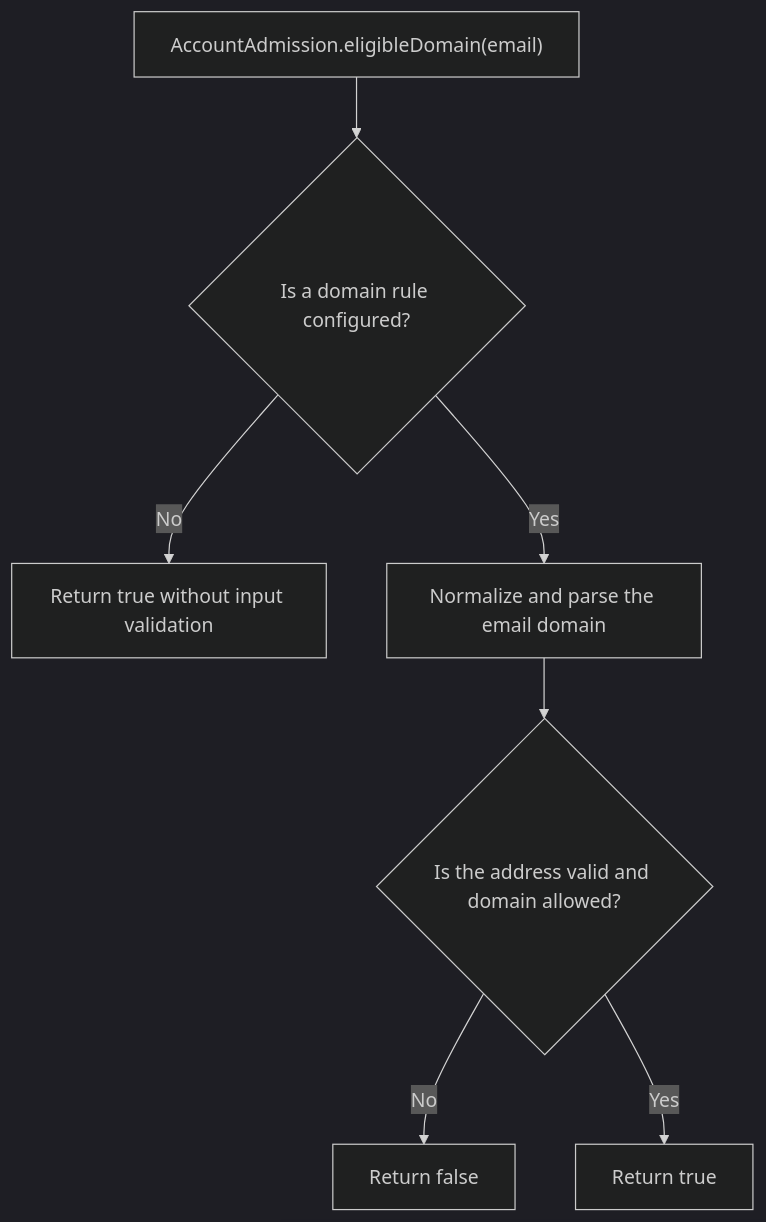
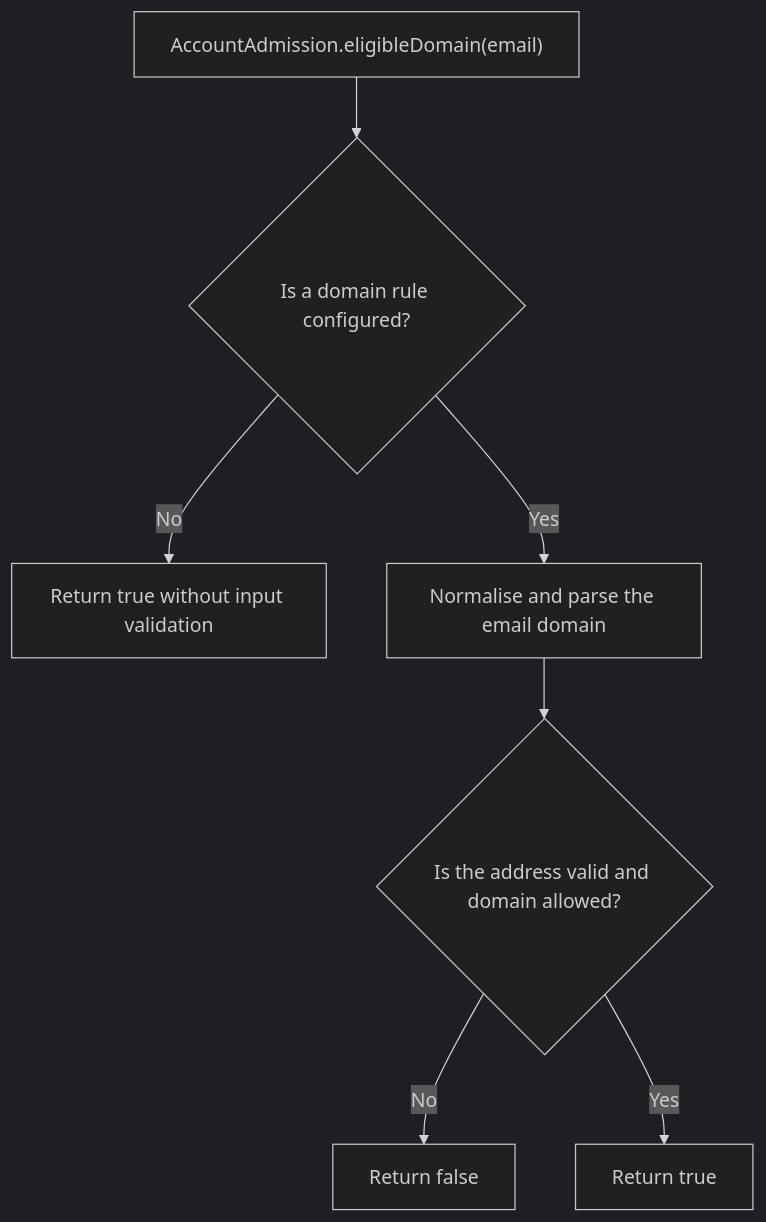
One commit to Kevinjohn/oss-adonisjs-account-kit changed the second of 2 diagrams in user-stories/US-ACCOUNT-58-check-domain-eligibility.md. Above: the diagram before and after it, drawn with Mermaid (dark theme). The commit also changed 93 other files, not shown here.

````diff
--- a/user-stories/US-ACCOUNT-58-check-domain-eligibility.md
+++ b/user-stories/US-ACCOUNT-58-check-domain-eligibility.md
@@ -31,9 +31,9 @@
 ```mermaid
 flowchart TD
  A["AccountAdmission.eligibleDomain(email)"] --> B{"Is a domain rule configured?"}
  B -->|No| C["Return true without input validation"]
- B -->|Yes| D["Normalize and parse the email domain"]
+ B -->|Yes| D["Normalise and parse the email domain"]
  D --> E{"Is the address valid and domain allowed?"}
  E -->|No| F["Return false"]
  E -->|Yes| G["Return true"]
 ```
````
